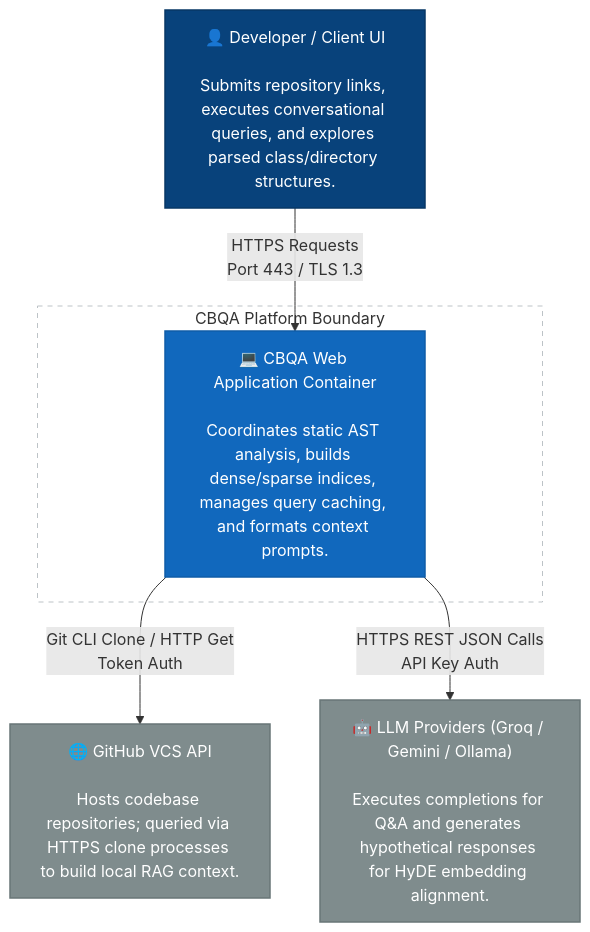
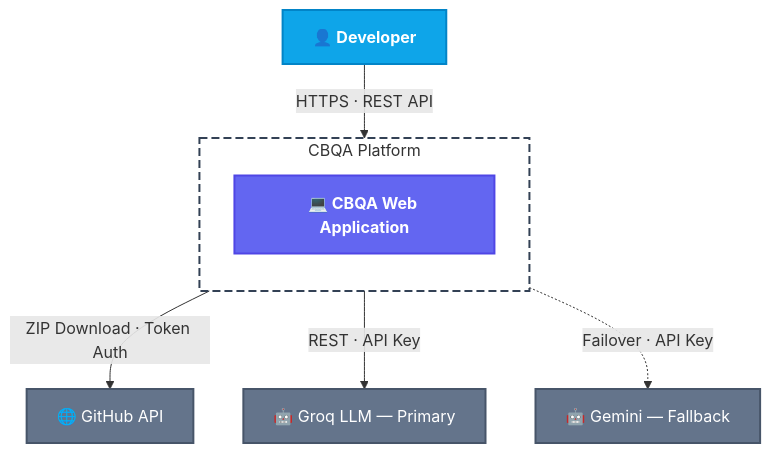
Before and after one commit to shashank-gt/CodeBase: the first of 6 diagrams in ARCHITECTURE.md, drawn with Mermaid. The commit also changed other lines of this file and 17 other files, not shown here.

Commit message:
feat: release CBQA v8 with Groq primary LLM, Gemini failover, premium mermaid architecture, and production readiness

````diff
--- a/ARCHITECTURE.md
+++ b/ARCHITECTURE.md
@@ -10,29 +12,28 @@
 ```mermaid
 flowchart TB
-    %% Style Definitions
-    classDef person fill:#08427b,stroke:#073766,stroke-width:1.5px,color:#fff;
-    classDef system fill:#1168bd,stroke:#0f5ca8,stroke-width:1.5px,color:#fff;
-    classDef external fill:#7f8c8d,stroke:#687677,stroke-width:1.5px,color:#fff;
-    classDef boundary fill:none,stroke:#bdc3c7,stroke-width:1px,stroke-dasharray: 5 5;
-    classDef protocol fill:#f1f5f9,stroke:#64748b,stroke-width:1px,color:#334155,font-size:10px;
+    classDef person fill:#0ea5e9,stroke:#0284c7,stroke-width:2px,color:#fff,font-weight:bold
+    classDef system fill:#6366f1,stroke:#4f46e5,stroke-width:2px,color:#fff,font-weight:bold
+    classDef external fill:#64748b,stroke:#475569,stroke-width:2px,color:#fff
+    classDef boundary fill:none,stroke:#334155,stroke-width:2px,stroke-dasharray:8 4
 
-    User["👤 Developer / Client UI<br><br>Submits repository links, executes conversational queries, and explores parsed class/directory structures."]
-    
-    subgraph Boundary ["CBQA Platform Boundary"]
-        CBQA["💻 CBQA Web Application Container<br><br>Coordinates static AST analysis, builds dense/sparse indices, manages query caching, and formats context prompts."]
+    User["👤 Developer"]
+
+    subgraph Platform ["CBQA Platform"]
+        direction TB
+        CBQA["💻 CBQA Web Application"]
     end
 
-    GitHub["🌐 GitHub VCS API<br><br>Hosts codebase repositories; queried via HTTPS clone processes to build local RAG context."]
-    
-    LLMs["🤖 LLM Providers (Groq / Gemini / Ollama)<br><br>Executes completions for Q&A and generates hypothetical responses for HyDE embedding alignment."]
+    GitHub["🌐 GitHub API"]
+    GroqLLM["🤖 Groq LLM — Primary"]
+    GeminiLLM["🤖 Gemini — Fallback"]
 
-    %% Connections with Protocols
-    User -->|HTTPS Requests<br>Port 443 / TLS 1.3| CBQA
-    CBQA -->|Git CLI Clone / HTTP Get<br>Token Auth| GitHub
-    CBQA -->|HTTPS REST JSON Calls<br>API Key Auth| LLMs
+    User -->|"HTTPS · REST API"| CBQA
+    CBQA -->|"ZIP Download · Token Auth"| GitHub
+    CBQA -->|"REST · API Key"| GroqLLM
+    CBQA -.->|"Failover · API Key"| GeminiLLM
 
-    class User person;
-    class CBQA system;
-    class GitHub,LLMs external;
-    class Boundary boundary;
+    class User person
+    class CBQA system
+    class GitHub,GroqLLM,GeminiLLM external
+    class Platform boundary
 ```
````
